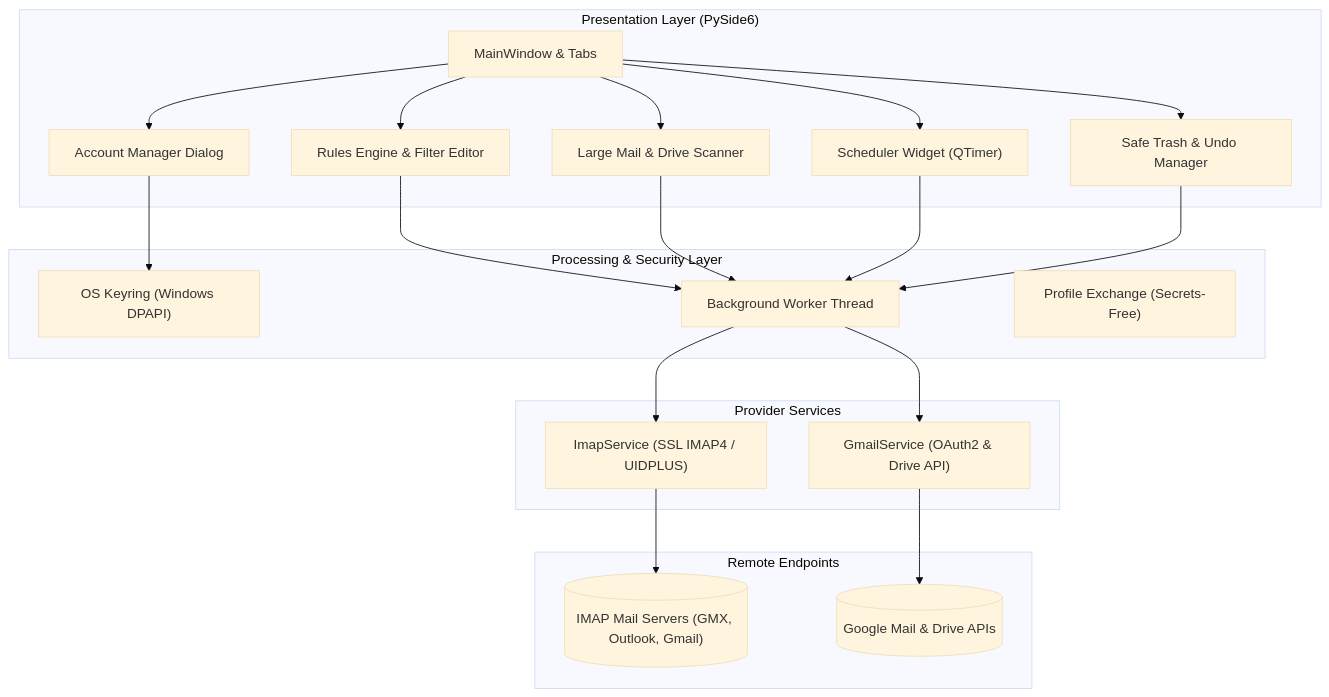
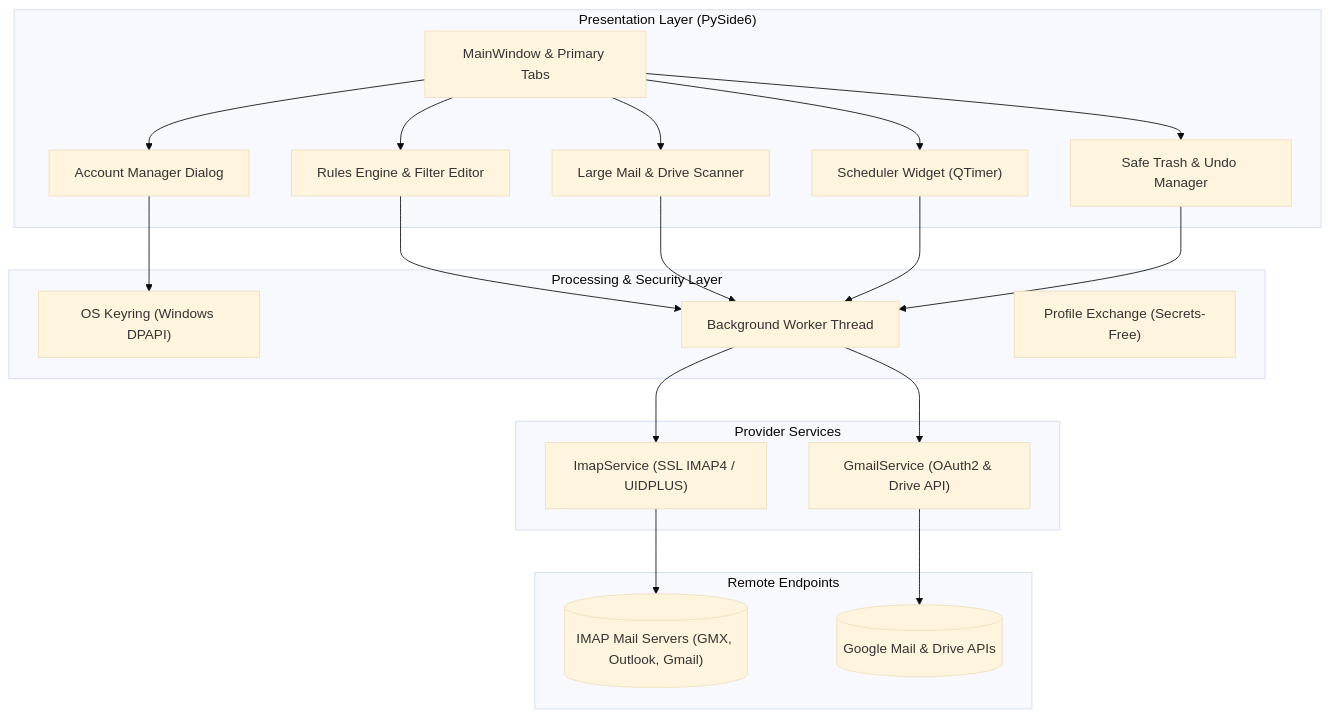
One commit to doc-bricks/UniversalMailCleaner changed the first of 2 diagrams in README.md. Above: the diagram before and after it, drawn with Mermaid (base theme). The commit also changed other lines of this file and 9 other files, not shown here.

````diff
--- a/README.md
+++ b/README.md
@@ -49,45 +56,45 @@
 ```mermaid
 flowchart TD
     subgraph UI["Presentation Layer (PySide6)"]
-        MW["MainWindow & Tabs"]
+        MW["MainWindow & Primary Tabs"]
         AC["Account Manager Dialog"]
         RL["Rules Engine & Filter Editor"]
         LS["Large Mail & Drive Scanner"]
         SC["Scheduler Widget (QTimer)"]
         ST["Safe Trash & Undo Manager"]
     end
 
     subgraph Core["Processing & Security Layer"]
         KR["OS Keyring (Windows DPAPI)"]
         WK["Background Worker Thread"]
         PE["Profile Exchange (Secrets-Free)"]
     end
 
     subgraph Service["Provider Services"]
         IMAP["ImapService (SSL IMAP4 / UIDPLUS)"]
         GMAIL["GmailService (OAuth2 & Drive API)"]
     end
 
     subgraph Remote["Remote Endpoints"]
         SRV[("IMAP Mail Servers (GMX, Outlook, Gmail)")]
         GOOG[("Google Mail & Drive APIs")]
     end
 
     MW --> AC
     MW --> RL
     MW --> LS
     MW --> SC
     MW --> ST
 
     AC --> KR
     RL --> WK
     LS --> WK
     SC --> WK
     ST --> WK
 
     WK --> IMAP
     WK --> GMAIL
 
     IMAP --> SRV
     GMAIL --> GOOG
 ```
````
